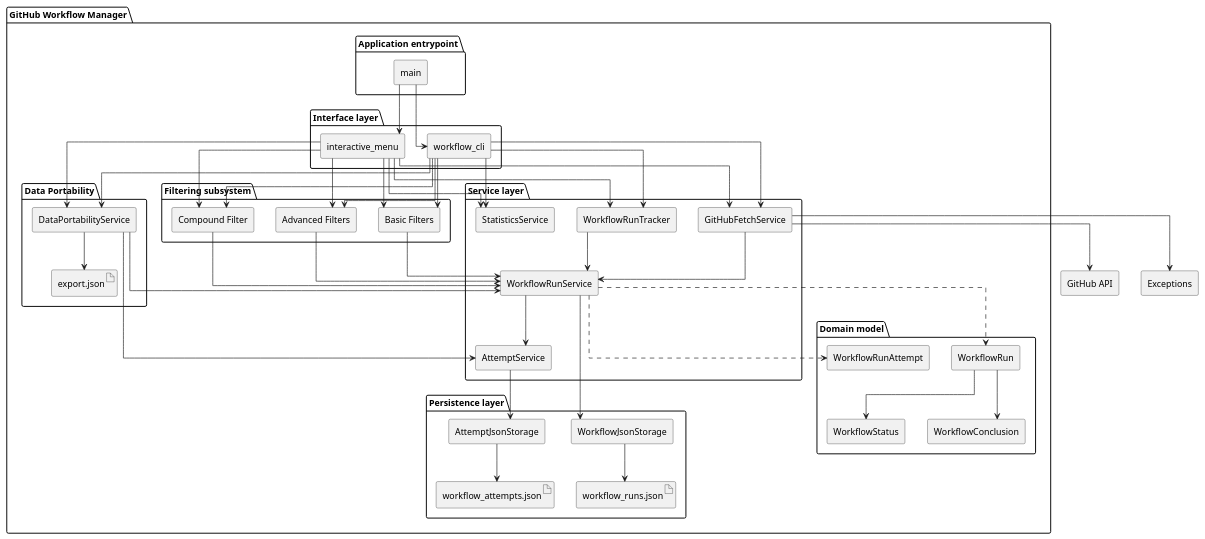
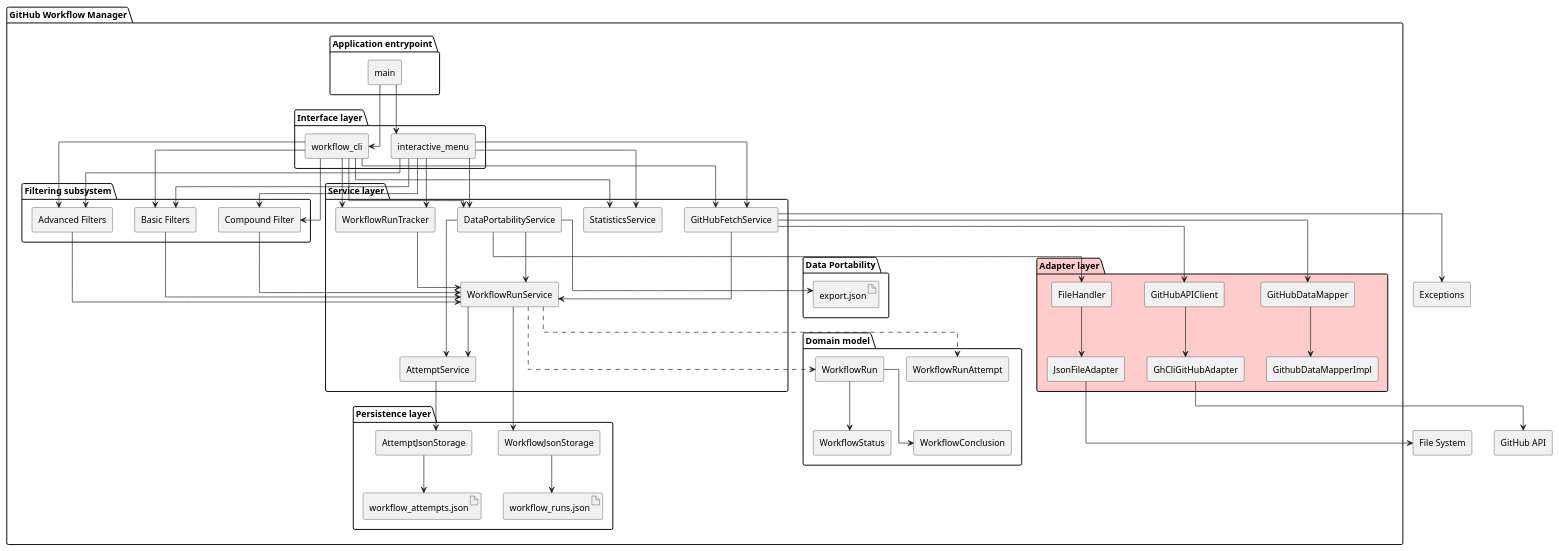
One commit to DanielRiha8906/Software_autoevolution_using_agents changed the diagram in experiments/supervisor_as_tools/structured_text/github-workflow-manager/artifacts/component_diagram.puml. Above: the diagram before and after it, drawn with PlantUML. The commit also changed 11 other files, not shown here.

```diff
--- a/experiments/supervisor_as_tools/structured_text/github-workflow-manager/artifacts/component_diagram.puml
+++ b/experiments/supervisor_as_tools/structured_text/github-workflow-manager/artifacts/component_diagram.puml
@@ -1,100 +1,120 @@
 @startuml component_diagram
 
 skinparam componentStyle rectangle
 skinparam linetype ortho
 top to bottom direction
 
 package "GitHub Workflow Manager" {
 
   package "Application entrypoint" {
     component "main" as MAIN
   }
 
   package "Interface layer" {
     component "workflow_cli" as CLI
     component "interactive_menu" as IM
   }
 
   package "Filtering subsystem" {
     component "Basic Filters" as BASIC_FILTER
     component "Advanced Filters" as ADV_FILTER
     component "Compound Filter" as COMP_FILTER
   }
 
   package "Service layer" {
     component "WorkflowRunTracker" as TRACKER
     component "WorkflowRunService" as SVC
     component "AttemptService" as ATTEMPT_SVC
     component "StatisticsService" as STATS_SVC
     component "GitHubFetchService" as GH_SVC
+    component "DataPortabilityService" as PORTABILITY
+  }
+
+  package "Adapter layer" #FFCCCC {
+    component "GitHubAPIClient" as GH_API_CLIENT
+    component "GhCliGitHubAdapter" as GH_ADAPTER
+    component "GitHubDataMapper" as GH_MAPPER
+    component "GithubDataMapperImpl" as GH_MAPPER_IMPL
+    component "FileHandler" as FILE_HANDLER
+    component "JsonFileAdapter" as JSON_ADAPTER
   }
 
   package "Data Portability" {
-    component "DataPortabilityService" as PORTABILITY
     artifact "export.json" as EXPORT_FILE
   }
 
   package "Persistence layer" {
     component "WorkflowJsonStorage" as STOR
     component "AttemptJsonStorage" as ATTEMPT_STOR
     artifact "workflow_runs.json" as JSON_FILE
     artifact "workflow_attempts.json" as ATTEMPT_FILE
   }
 
   package "Domain model" {
     component "WorkflowRun" as RUN
     component "WorkflowStatus" as STATUS
     component "WorkflowConclusion" as CONCLUSION
     component "WorkflowRunAttempt" as ATTEMPT
   }
 }
 
 component "GitHub API" as GH_API
 component "Exceptions" as EXC
+component "File System" as FILESYS
 
 MAIN --> CLI
 MAIN --> IM
 
 CLI --> BASIC_FILTER
 CLI --> ADV_FILTER
 CLI --> COMP_FILTER
 IM --> BASIC_FILTER
 IM --> ADV_FILTER
 IM --> COMP_FILTER
 
 BASIC_FILTER --> SVC
 ADV_FILTER --> SVC
 COMP_FILTER --> SVC
 
 CLI --> TRACKER
 IM --> TRACKER
 CLI --> STATS_SVC
 IM --> STATS_SVC
 
 CLI --> PORTABILITY
 IM --> PORTABILITY
 
 CLI --> GH_SVC
 IM --> GH_SVC
-GH_SVC --> GH_API
+GH_SVC --> GH_API_CLIENT
+GH_SVC --> GH_MAPPER
+GH_SVC --> SVC
 GH_SVC --> EXC
-GH_SVC --> SVC
+
+GH_API_CLIENT --> GH_ADAPTER
+GH_ADAPTER --> GH_API
+
+GH_MAPPER --> GH_MAPPER_IMPL
+
+PORTABILITY --> FILE_HANDLER
+PORTABILITY --> SVC
+PORTABILITY --> ATTEMPT_SVC
+PORTABILITY --> EXPORT_FILE
+
+FILE_HANDLER --> JSON_ADAPTER
+JSON_ADAPTER --> FILESYS
 
 TRACKER --> SVC
 SVC --> STOR
 SVC --> ATTEMPT_SVC
 STOR --> JSON_FILE
 
 ATTEMPT_SVC --> ATTEMPT_STOR
 ATTEMPT_STOR --> ATTEMPT_FILE
 
-PORTABILITY --> SVC
-PORTABILITY --> ATTEMPT_SVC
-PORTABILITY --> EXPORT_FILE
-
 SVC ..> RUN
 RUN --> STATUS
 RUN --> CONCLUSION
 SVC ..> ATTEMPT
 
 @enduml
```
